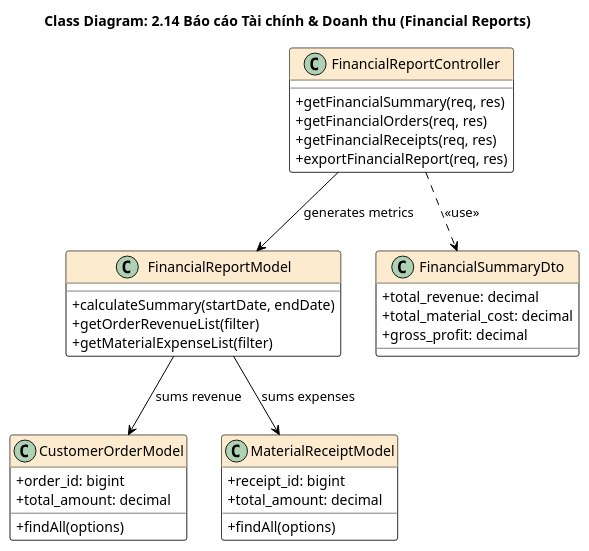
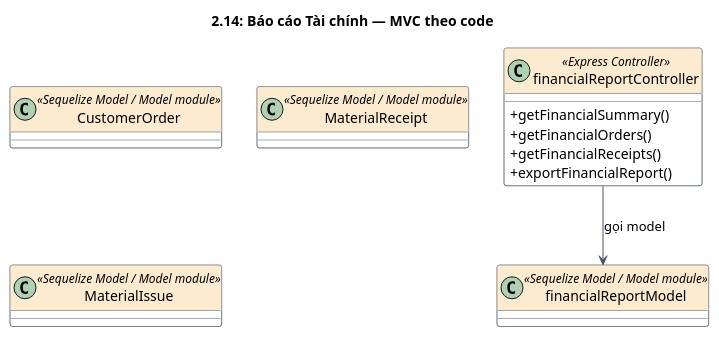
One commit to chuoois/FS-SIMS changed diagram 14 of 14 in docs/classdiagrams.md. Above: the diagram before and after it, drawn with PlantUML. The commit also changed other lines of this file and 8 other files, not shown here.

````diff
--- a/docs/classdiagrams.md
+++ b/docs/classdiagrams.md
@@ -752,48 +609,28 @@
 ```plantuml
 @startuml
 skinparam classAttributeIconSize 0
 skinparam class {
-    BackgroundColor White
-    BorderColor Black
-    ArrowColor Black
-    HeaderBackgroundColor #FDEBD0
+  BackgroundColor White
+  BorderColor #475569
+  ArrowColor #475569
+  HeaderBackgroundColor #FDEBD0
 }
-title Class Diagram: 2.14 Báo cáo Tài chính & Doanh thu (Financial Reports)
+title 2.14: Báo cáo Tài chính — MVC theo code
 
-class FinancialReportController {
-  +getFinancialSummary(req, res)
-  +getFinancialOrders(req, res)
-  +getFinancialReceipts(req, res)
-  +exportFinancialReport(req, res)
+class financialReportController <<Express Controller>> {
+  +getFinancialSummary()
+  +getFinancialOrders()
+  +getFinancialReceipts()
+  +exportFinancialReport()
 }
 
-class FinancialReportModel {
-  +calculateSummary(startDate, endDate)
-  +getOrderRevenueList(filter)
-  +getMaterialExpenseList(filter)
-}
+class financialReportModel <<Sequelize Model / Model module>>
 
-class CustomerOrderModel {
-  +order_id: bigint
-  +total_amount: decimal
-  +findAll(options)
-}
+class CustomerOrder <<Sequelize Model / Model module>>
 
-class MaterialReceiptModel {
-  +receipt_id: bigint
-  +total_amount: decimal
-  +findAll(options)
-}
+class MaterialReceipt <<Sequelize Model / Model module>>
 
-class FinancialSummaryDto {
-  +total_revenue: decimal
-  +total_material_cost: decimal
-  +gross_profit: decimal
-}
-
-FinancialReportController --> FinancialReportModel : generates metrics
-FinancialReportModel --> CustomerOrderModel : sums revenue
-FinancialReportModel --> MaterialReceiptModel : sums expenses
-FinancialReportController ..> FinancialSummaryDto : <<use>>
+class MaterialIssue <<Sequelize Model / Model module>>
+financialReportController --> financialReportModel : gọi model
 @enduml
 ```
````
